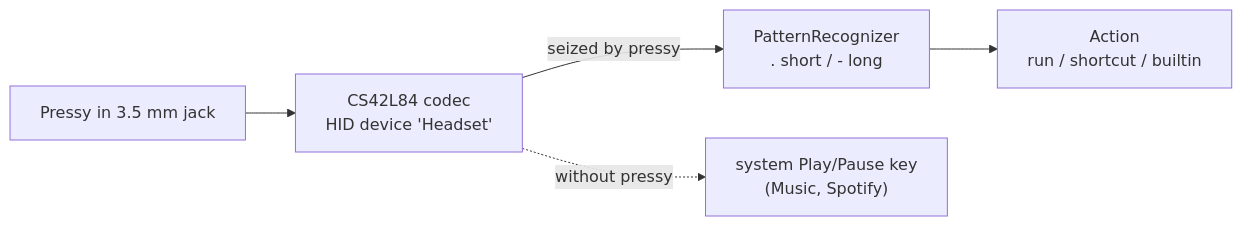
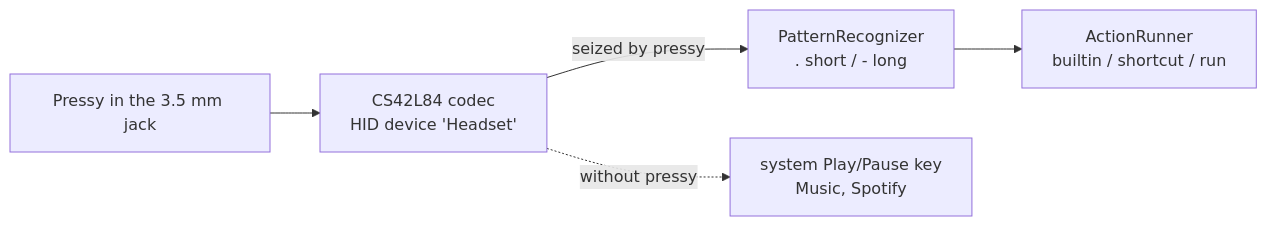
Before and after one commit to gufertum/pressy-resurrected: the first of 4 diagrams in README.md, drawn with Mermaid. The commit also changed other lines of this file and 6 other files, not shown here.

````diff
--- a/README.md
+++ b/README.md
@@ -11,7 +221,7 @@
 ```mermaid
 flowchart LR
-  P["Pressy in 3.5 mm jack"] --> C["CS42L84 codec<br/>HID device 'Headset'"]
+  P["Pressy in the 3.5 mm jack"] --> C["CS42L84 codec<br/>HID device 'Headset'"]
   C -->|"seized by pressy"| R["PatternRecognizer<br/>. short / - long"]
-  R --> A["Action<br/>run / shortcut / builtin"]
-  C -.->|"without pressy"| M["system Play/Pause key<br/>(Music, Spotify)"]
+  R --> A["ActionRunner<br/>builtin / shortcut / run"]
+  C -.->|"without pressy"| M["system Play/Pause key<br/>Music, Spotify"]
 ```
````
